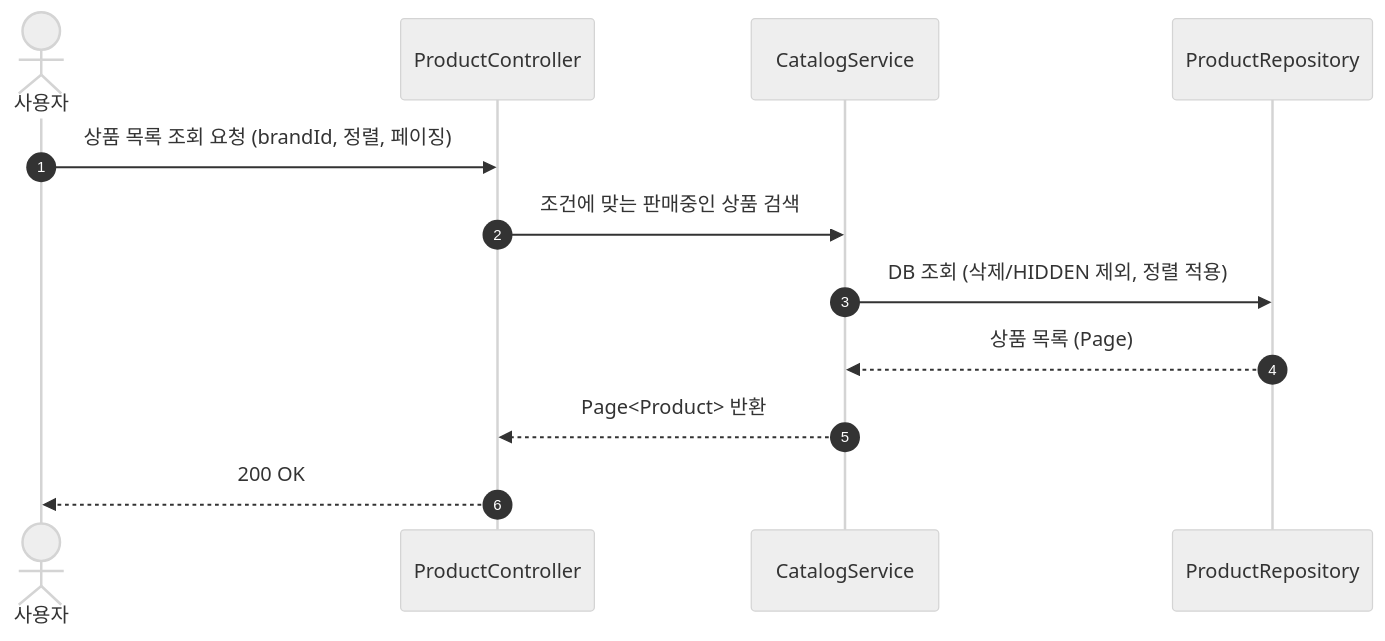
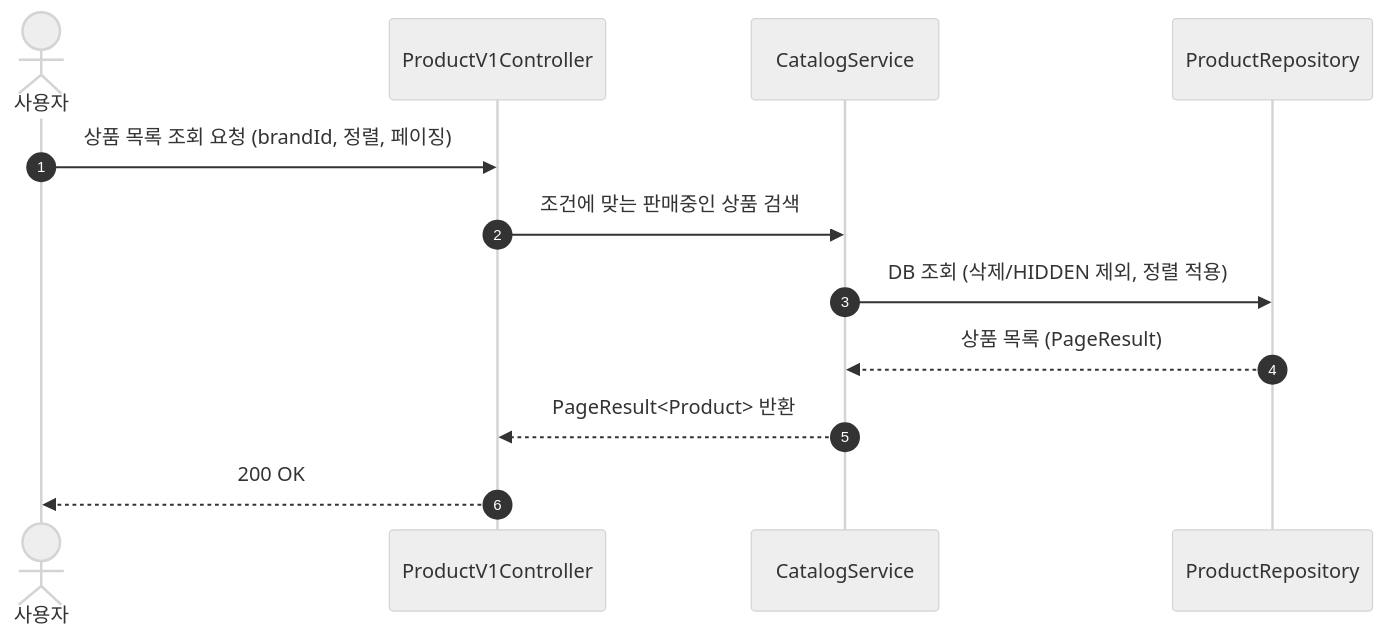
One commit to Loopers-dev-lab/loop-pack-be-l2-vol3-kotlin changed the second of 26 diagrams in docs/design/02-sequence-diagrams.md. Above: the diagram before and after it, drawn with Mermaid (neutral theme). The commit also changed other lines of this file and 7 other files, not shown here.

````diff
--- a/docs/design/02-sequence-diagrams.md
+++ b/docs/design/02-sequence-diagrams.md
@@ -48,14 +48,14 @@
 ```mermaid
 sequenceDiagram
     autonumber
     actor User as 사용자
-    participant C as ProductController
+    participant C as ProductV1Controller
     participant S as CatalogService
     participant R as ProductRepository
     User ->> C: 상품 목록 조회 요청 (brandId, 정렬, 페이징)
     C ->> S: 조건에 맞는 판매중인 상품 검색
     S ->> R: DB 조회 (삭제/HIDDEN 제외, 정렬 적용)
-    R -->> S: 상품 목록 (Page)
-    S -->> C: Page<Product> 반환
+    R -->> S: 상품 목록 (PageResult)
+    S -->> C: PageResult<Product> 반환
     C -->> User: 200 OK
 ```
````
